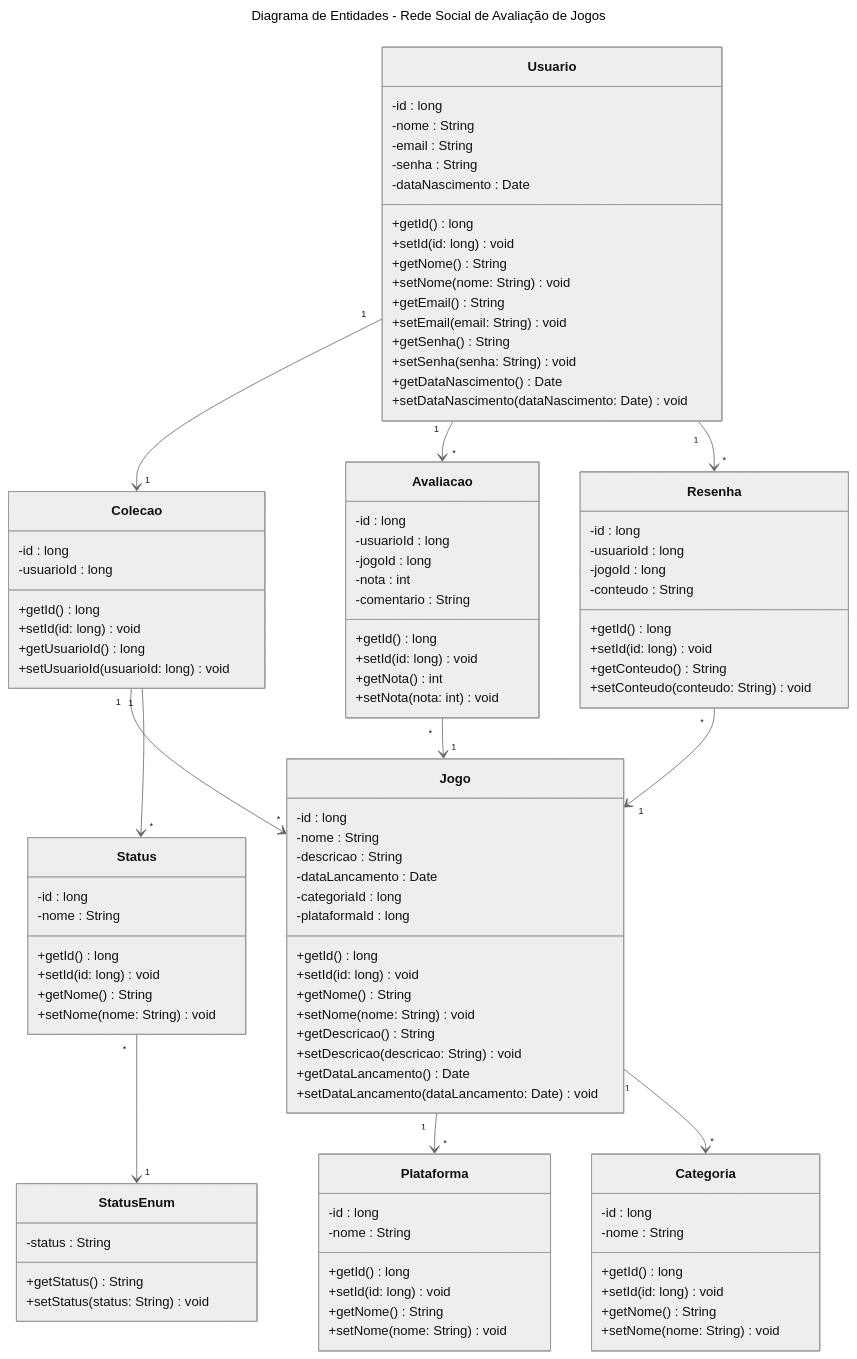
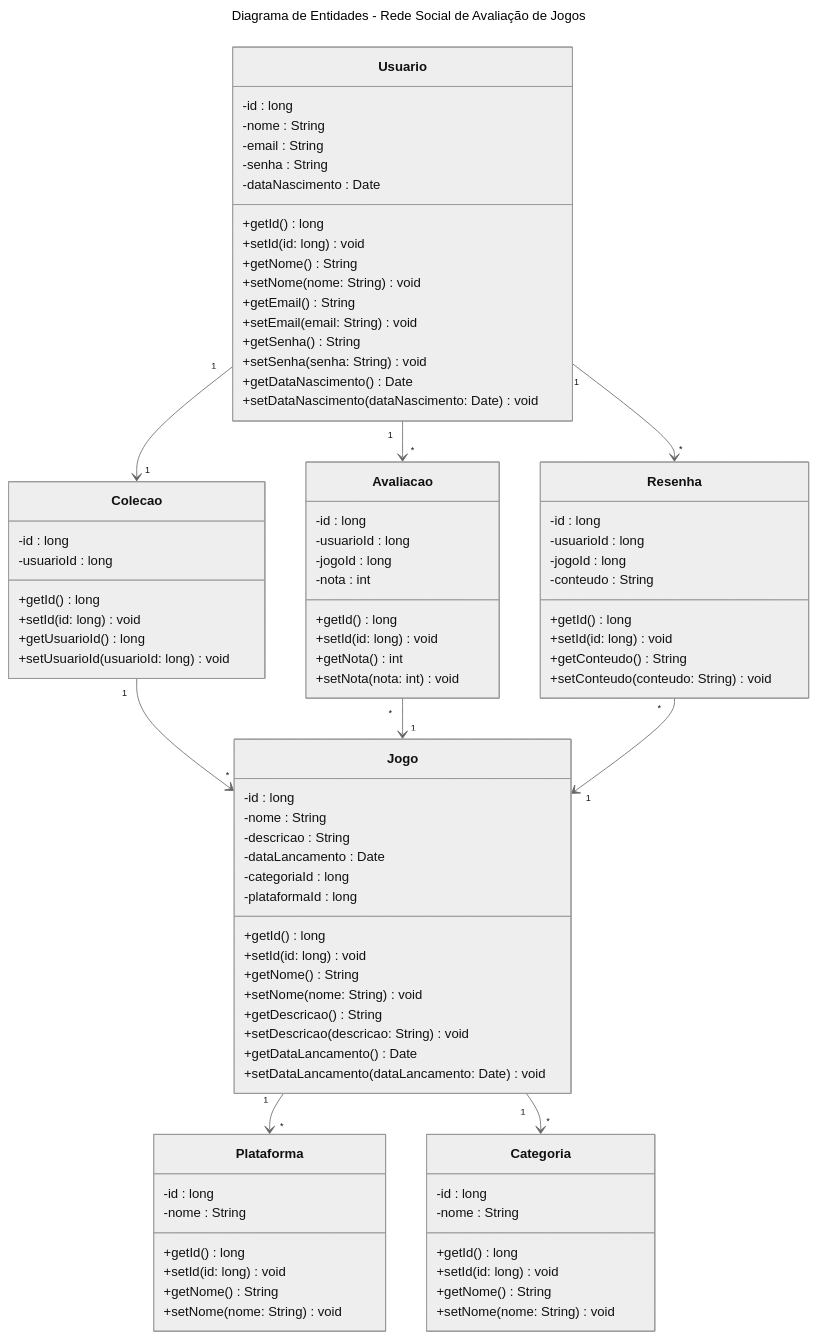
The diagram in README.md (claramartinovsky/fabsoft-2025-2), drawn with Mermaid (neutral theme) before and after one commit. The commit also changed 10 other files, not shown here.

```diff
--- a/README.md
+++ b/README.md
@@ -69,10 +69,8 @@
     Usuario "1" --> "*" Avaliacao
     Usuario "1" --> "*" Resenha
     Colecao "1" --> "*" Jogo
-    Colecao "1" --> "*" Status
     Jogo "1" --> "*" Plataforma
     Jogo "1" --> "*" Categoria
-    Status "*" --> "1" StatusEnum
     Avaliacao "*" --> "1" Jogo
     Resenha "*" --> "1" Jogo
 
@@ -120,27 +118,11 @@
         +setDataLancamento(dataLancamento: Date) void
     }
 
-    class Status {
-        -id : long
-        -nome : String
-        +getId() long
-        +setId(id: long) void
-        +getNome() String
-        +setNome(nome: String) void
-    }
-
-    class StatusEnum {
-        -status : String
-        +getStatus() String
-        +setStatus(status: String) void
-    }
-
     class Avaliacao {
         -id : long
         -usuarioId : long
         -jogoId : long
         -nota : int
-        -comentario : String
         +getId() long
         +setId(id: long) void
         +getNota() int
```
